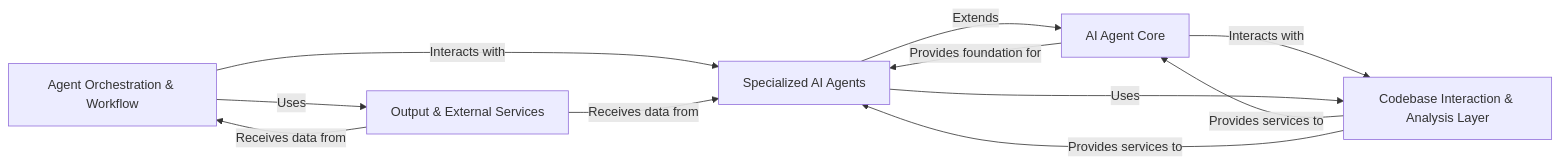
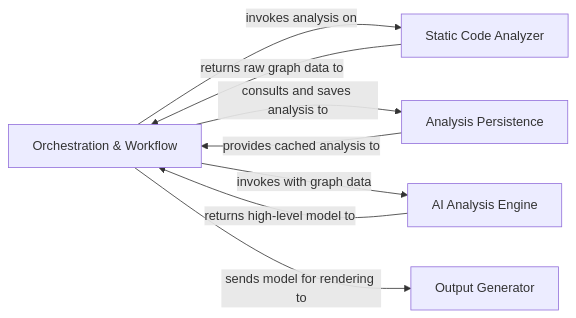
Before and after one commit to mariyam866/CodeBoarding: the diagram in .codeboarding/on_boarding.md, drawn with Mermaid. The commit also changed other lines of this file and 46 other files, not shown here.

````diff
--- a/.codeboarding/on_boarding.md
+++ b/.codeboarding/on_boarding.md
@@ -1,23 +1,18 @@
 ```mermaid
 graph LR
-    Agent_Orchestration_Workflow["Agent Orchestration & Workflow"]
-    AI_Agent_Core["AI Agent Core"]
-    Specialized_AI_Agents["Specialized AI Agents"]
-    Codebase_Interaction_Analysis_Layer["Codebase Interaction & Analysis Layer"]
-    Output_External_Services["Output & External Services"]
-    Agent_Orchestration_Workflow -- "Interacts with" --> Specialized_AI_Agents
-    Agent_Orchestration_Workflow -- "Uses" --> Output_External_Services
-    AI_Agent_Core -- "Provides foundation for" --> Specialized_AI_Agents
-    AI_Agent_Core -- "Interacts with" --> Codebase_Interaction_Analysis_Layer
-    Specialized_AI_Agents -- "Extends" --> AI_Agent_Core
-    Specialized_AI_Agents -- "Uses" --> Codebase_Interaction_Analysis_Layer
-    Codebase_Interaction_Analysis_Layer -- "Provides services to" --> AI_Agent_Core
-    Codebase_Interaction_Analysis_Layer -- "Provides services to" --> Specialized_AI_Agents
-    Output_External_Services -- "Receives data from" --> Agent_Orchestration_Workflow
-    Output_External_Services -- "Receives data from" --> Specialized_AI_Agents
-    click Agent_Orchestration_Workflow href "https://github.com/CodeBoarding/CodeBoarding/blob/main/.codeboarding/Agent_Orchestration_Workflow.md" "Details"
-    click AI_Agent_Core href "https://github.com/CodeBoarding/CodeBoarding/blob/main/.codeboarding/AI_Agent_Core.md" "Details"
-    click Specialized_AI_Agents href "https://github.com/CodeBoarding/CodeBoarding/blob/main/.codeboarding/Specialized_AI_Agents.md" "Details"
-    click Codebase_Interaction_Analysis_Layer href "https://github.com/CodeBoarding/CodeBoarding/blob/main/.codeboarding/Codebase_Interaction_Analysis_Layer.md" "Details"
-    click Output_External_Services href "https://github.com/CodeBoarding/CodeBoarding/blob/main/.codeboarding/Output_External_Services.md" "Details"
+    Orchestration_Workflow["Orchestration & Workflow"]
+    Static_Code_Analyzer["Static Code Analyzer"]
+    AI_Analysis_Engine["AI Analysis Engine"]
+    Analysis_Persistence["Analysis Persistence"]
+    Output_Generator["Output Generator"]
+    Orchestration_Workflow -- "invokes analysis on" --> Static_Code_Analyzer
+    Static_Code_Analyzer -- "returns raw graph data to" --> Orchestration_Workflow
+    Orchestration_Workflow -- "consults and saves analysis to" --> Analysis_Persistence
+    Analysis_Persistence -- "provides cached analysis to" --> Orchestration_Workflow
+    Orchestration_Workflow -- "invokes with graph data" --> AI_Analysis_Engine
+    AI_Analysis_Engine -- "returns high-level model to" --> Orchestration_Workflow
+    Orchestration_Workflow -- "sends model for rendering to" --> Output_Generator
+    click Orchestration_Workflow href "https://github.com/CodeBoarding/CodeBoarding/tree/main/.codeboarding/Orchestration_Workflow.md" "Details"
+    click Static_Code_Analyzer href "https://github.com/CodeBoarding/CodeBoarding/tree/main/.codeboarding/Static_Code_Analyzer.md" "Details"
+    click AI_Analysis_Engine href "https://github.com/CodeBoarding/CodeBoarding/tree/main/.codeboarding/AI_Analysis_Engine.md" "Details"
 ```
````
